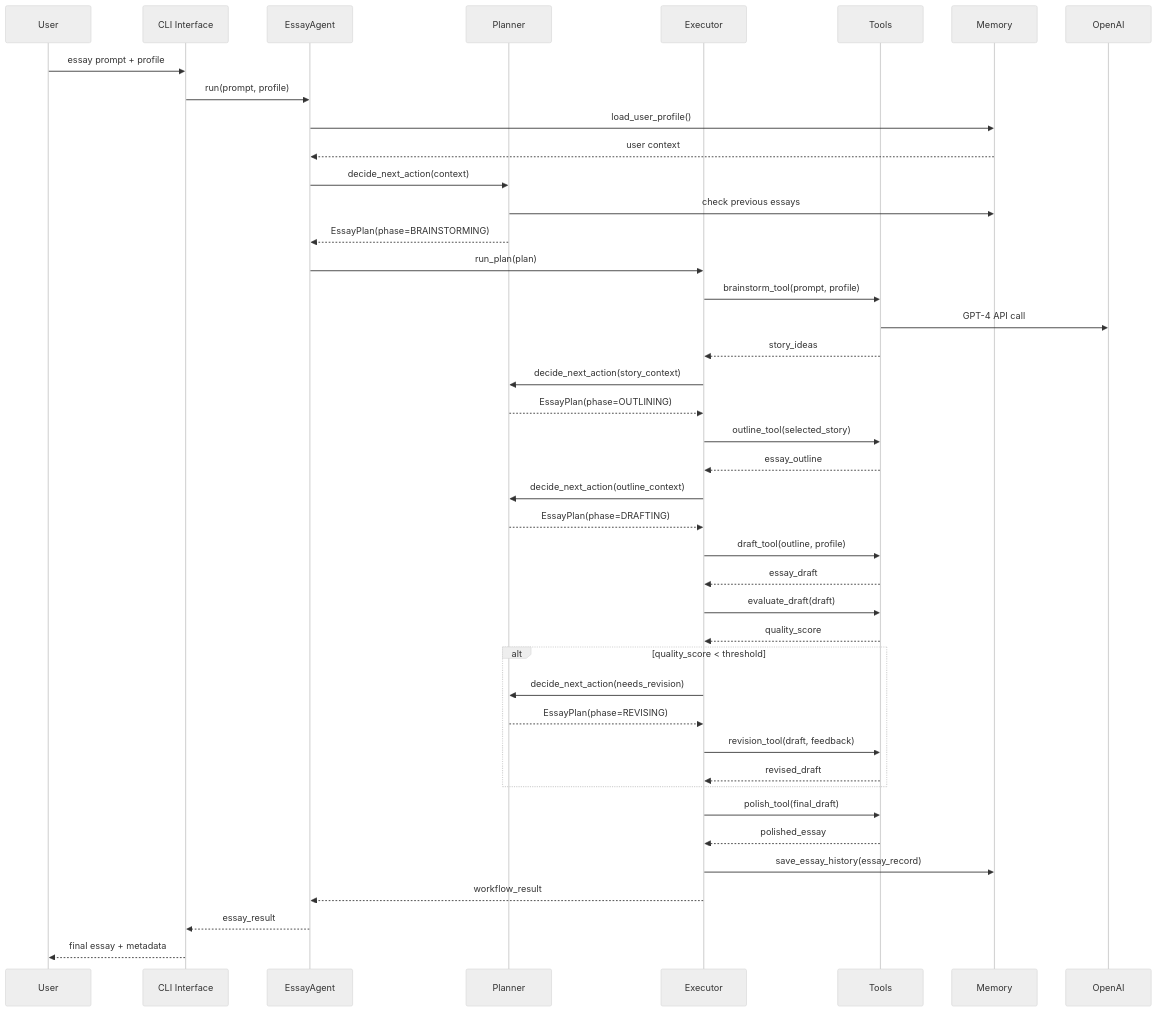
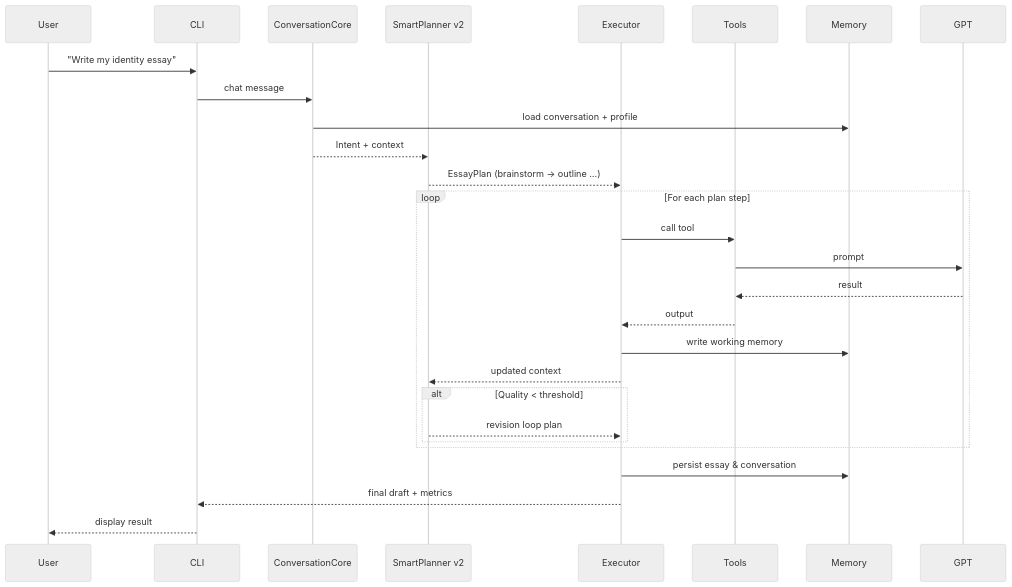
The second of 2 diagrams in essay_agent/architecture.md (jparker2006/AdmitAI), drawn with Mermaid (neutral theme) before and after one commit. The commit also changed other lines of this file and 297 other files, not shown here.

Commit message:
essay agent v0.13 fixed a few bugs in happy path

````diff
--- a/essay_agent/architecture.md
+++ b/essay_agent/architecture.md
@@ -234,56 +55,30 @@
 ```mermaid
 sequenceDiagram
     participant U as User
-    participant CLI as CLI Interface
-    participant A as EssayAgent
-    participant P as Planner
+    participant C as CLI
+    participant V as ConversationCore
+    participant P as SmartPlanner v2
     participant E as Executor
     participant T as Tools
     participant M as Memory
-    
-    U->>CLI: essay prompt + profile
-    CLI->>A: run(prompt, profile)
-    
-    A->>M: load_user_profile()
-    M-->>A: user context
-    
-    A->>P: decide_next_action(context)
-    P->>M: check previous essays
-    P-->>A: EssayPlan(phase=BRAINSTORMING)
-    
-    A->>E: run_plan(plan)
-    E->>T: brainstorm_tool(prompt, profile)
-    T->>OpenAI: GPT-4 API call
-    T-->>E: story_ideas
-    
-    E->>P: decide_next_action(story_context)
-    P-->>E: EssayPlan(phase=OUTLINING)
-    
-    E->>T: outline_tool(selected_story)
-    T-->>E: essay_outline
-    
-    E->>P: decide_next_action(outline_context)
-    P-->>E: EssayPlan(phase=DRAFTING)
-    
-    E->>T: draft_tool(outline, profile)
-    T-->>E: essay_draft
-    
-    E->>T: evaluate_draft(draft)
-    T-->>E: quality_score
-    
-    alt quality_score < threshold
-        E->>P: decide_next_action(needs_revision)
-        P-->>E: EssayPlan(phase=REVISING)
-        E->>T: revision_tool(draft, feedback)
-        T-->>E: revised_draft
+
+    U->>C: "Write my identity essay"
+    C->>V: chat message
+    V->>M: load conversation + profile
+    V-->>P: Intent + context
+    P-->>E: EssayPlan (brainstorm → outline …)
+    loop For each plan step
+        E->>T: call tool
+        T->>GPT: prompt
+        GPT-->>T: result
+        T-->>E: output
+        E->>M: write working memory
+        E-->>P: updated context
+        alt Quality < threshold
+            P-->>E: revision loop plan
+        end
     end
-    
-    E->>T: polish_tool(final_draft)
-    T-->>E: polished_essay
-    
-    E->>M: save_essay_history(essay_record)
-    E-->>A: workflow_result
-    
-    A-->>CLI: essay_result
-    CLI-->>U: final essay + metadata
+    E->>M: persist essay & conversation
+    E-->>C: final draft + metrics
+    C-->>U: display result
 ```
````
